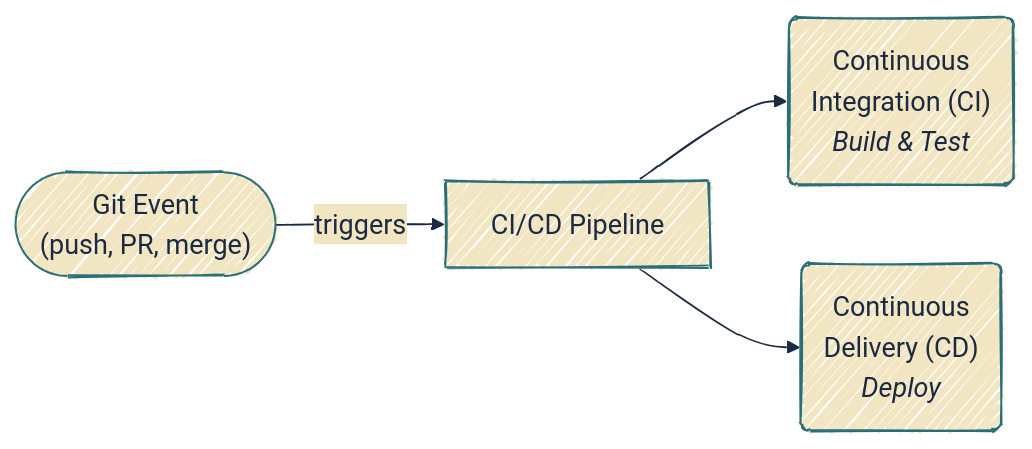
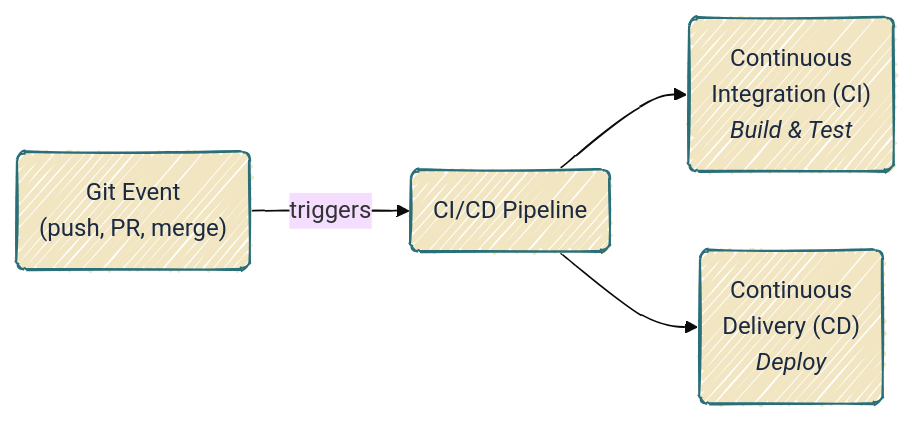
Before and after one commit to mjfrigaard/do4ds-labs: the second of 4 diagrams in lab05.qmd, drawn with Mermaid. The commit also changed other lines of this file and 37 other files, not shown here.

Commit message:
updates to mermaid

````diff
--- a/lab05.qmd
+++ b/lab05.qmd
@@ -142,11 +142,12 @@
 ```{mermaid}
 %%| fig-cap: 'Git & CI/CD'
 %%| fig-width: 7.0
 %%| fig-align: center
-%%{init: {'theme': 'base', 'look': 'handDrawn', 'themeVariables': { 'fontFamily': 'monospace', "fontSize":"18px", 'primaryColor': '#F2E6C2', 'primaryBorderColor': '#2A6F77', 'primaryTextColor': '#1B2A41', 'secondaryColor': '#d4e7e4', 'tertiaryColor': '#f5f0e4', 'lineColor': '#1B2A41', 'edgeLabelBackground': '#F2E6C2'}}}%%
+%%{init: {'theme': 'base', 'look': 'handDrawn', 'themeVariables': {'fontFamily': 'monospace'}}}%%
 flowchart LR
-    GitEv(["Git Event<br>(push, PR, merge)"]) -->|"triggers"| CICD["CI/CD Pipeline"]
+    GitEv("Git Event<br>(push, PR, merge)") -->|"triggers"| CICD("CI/CD Pipeline")
     CICD --> CI("Continuous<br>Integration (CI)<br><em>Build & Test</em>")
     CICD --> CD("Continuous<br>Delivery (CD)<br><em>Deploy</em>")
+    classDef default fill:#F2E6C2,stroke:#2A6F77,color:#1B2A41
 
 ```
````
